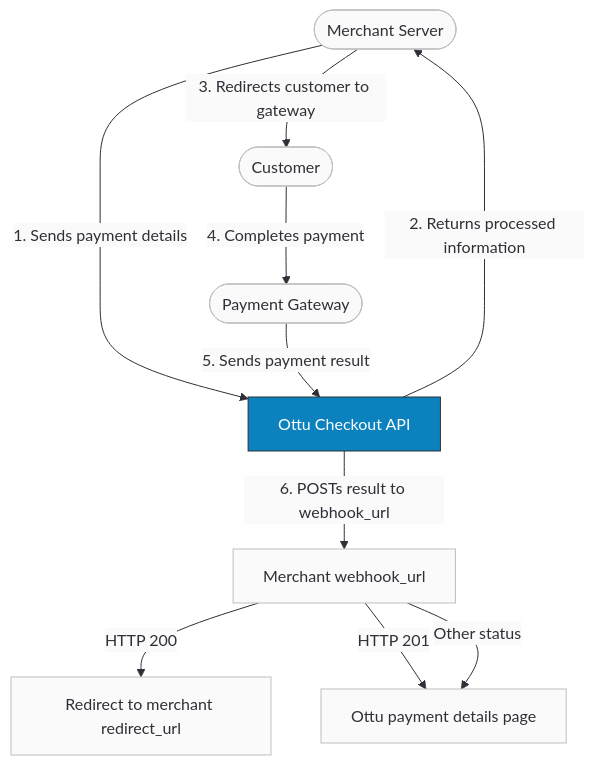
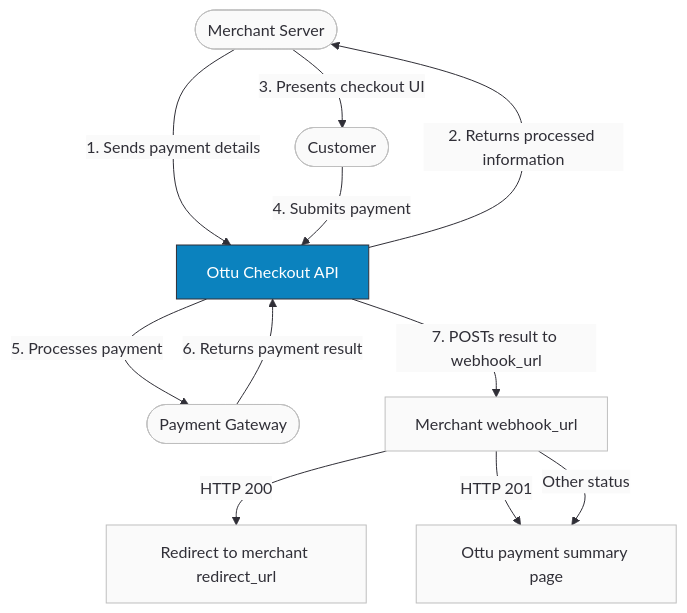
One commit to ottuco/docs changed the diagram in docs/developers/webhooks/payment-events.md. Above: the diagram before and after it, drawn with Mermaid. The commit also changed 2 other files, not shown here.

Commit message:
151364:: feat: update payment flowchart for clarity and adjust subtitle font size in styles

````diff
--- a/docs/developers/webhooks/payment-events.md
+++ b/docs/developers/webhooks/payment-events.md
@@ -68,16 +68,17 @@
 ```mermaid
 %%{init: {"theme": "base", "themeVariables": {"background": "#F4F4F4", "primaryColor": "#FAFAFA", "primaryTextColor": "#302F37", "primaryBorderColor": "#BFBFBF", "lineColor": "#302F37", "secondaryColor": "#FAFAFA", "tertiaryColor": "#FAFAFA"}}}%%
 flowchart TD
     M([Merchant Server]) -->|1. Sends payment details| OTTU[Ottu Checkout API]
     OTTU -->|2. Returns processed information| M
-    M -->|3. Redirects customer to gateway| CUST([Customer])
-    CUST -->|4. Completes payment| PG([Payment Gateway])
-    PG -->|5. Sends payment result| OTTU
-    OTTU -->|6. POSTs result to webhook_url| WEBHOOK[Merchant webhook_url]
+    M -->|3. Presents checkout UI| CUST([Customer])
+    CUST -->|4. Submits payment| OTTU
+    OTTU -->|5. Processes payment| PG([Payment Gateway])
+    PG -->|6. Returns payment result| OTTU
+    OTTU -->|7. POSTs result to webhook_url| WEBHOOK[Merchant webhook_url]
     WEBHOOK -->|HTTP 200| R200[Redirect to merchant redirect_url]
-    WEBHOOK -->|HTTP 201| RSUM[Ottu payment details page]
+    WEBHOOK -->|HTTP 201| RSUM[Ottu payment summary page]
     WEBHOOK -->|Other status| RSUM
 
     classDef accent fill:#0B82BE,color:#FFFFFF,stroke:#302F37
     class OTTU accent
 ```
````
